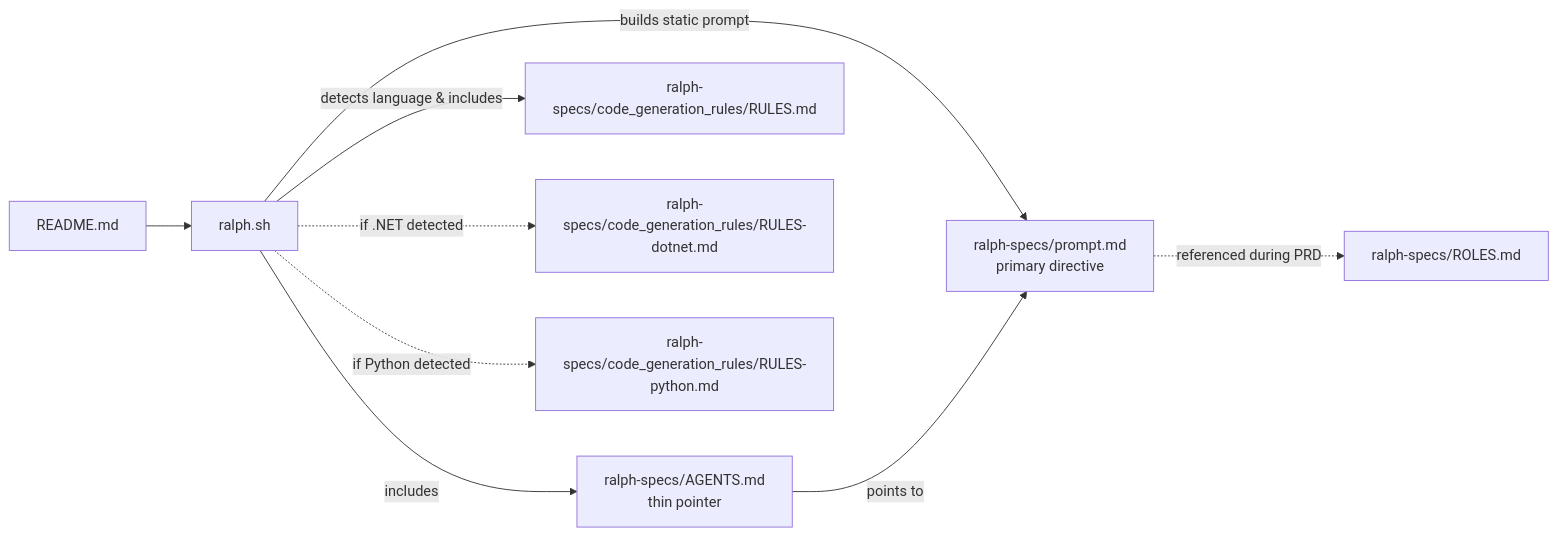
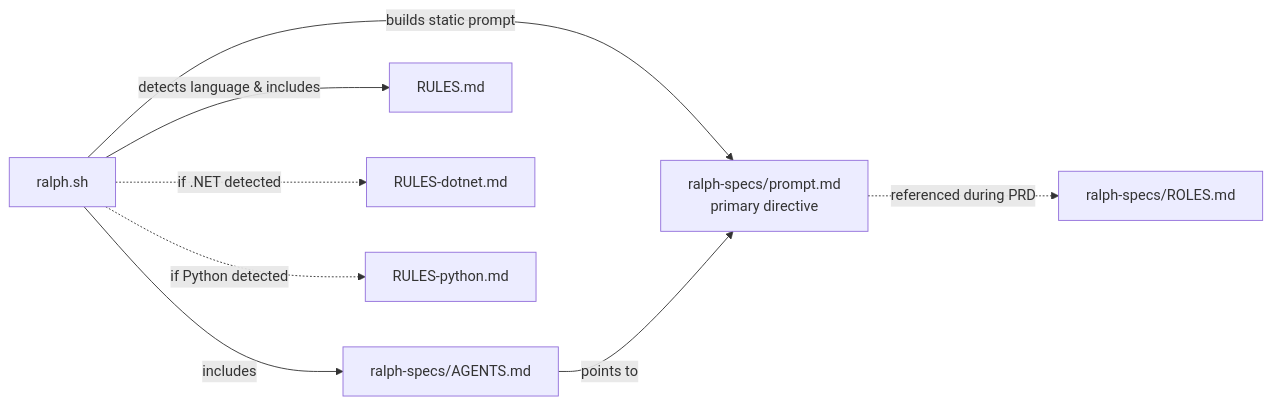
The diagram in README.md (blixgardhn/ralph), drawn with Mermaid before and after one commit. The commit also changed other lines of this file, not shown here.

First line of the commit message:
Rewrite README: fix stale references, add OpenCode config docs, restructure

````diff
--- a/README.md
+++ b/README.md
@@ -179,20 +256,18 @@
 ```mermaid
 graph LR
-  README[README.md]
   RALPH_SH[ralph.sh]
-  AGENTS[ralph-specs/AGENTS.md<br/>thin pointer]
+  AGENTS[ralph-specs/AGENTS.md]
   PROMPT[ralph-specs/prompt.md<br/>primary directive]
-  RULES_MD[ralph-specs/code_generation_rules/RULES.md]
-  RULES_DOTNET[ralph-specs/code_generation_rules/RULES-dotnet.md]
-  RULES_PY[ralph-specs/code_generation_rules/RULES-python.md]
+  RULES_MD[RULES.md]
+  RULES_DOTNET[RULES-dotnet.md]
+  RULES_PY[RULES-python.md]
   ROLES[ralph-specs/ROLES.md]
 
-  README --> RALPH_SH
   RALPH_SH -->|builds static prompt| PROMPT
   RALPH_SH -->|includes| AGENTS
   RALPH_SH -->|detects language & includes| RULES_MD
   RALPH_SH -.->|if .NET detected| RULES_DOTNET
   RALPH_SH -.->|if Python detected| RULES_PY
   AGENTS -->|points to| PROMPT
   PROMPT -.->|referenced during PRD| ROLES
 ```
````
